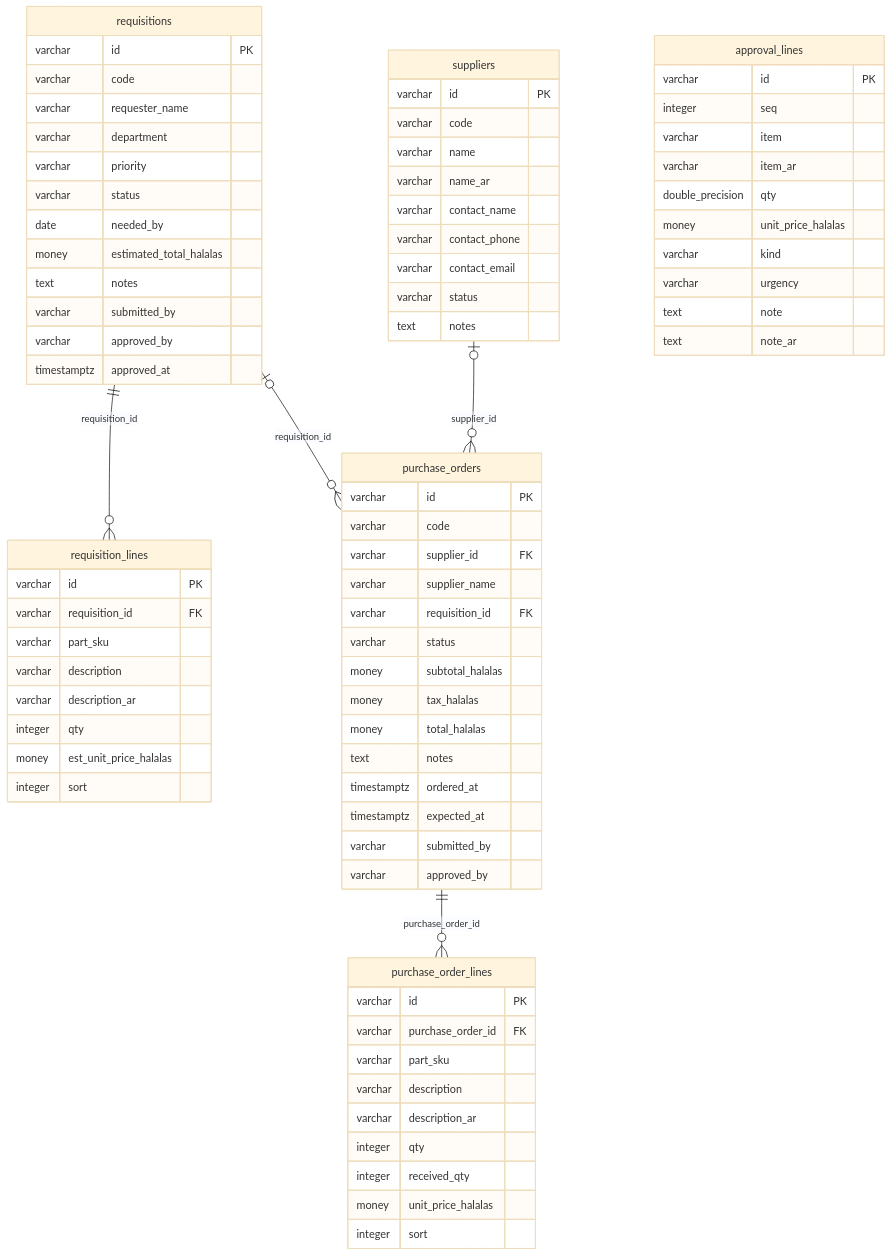
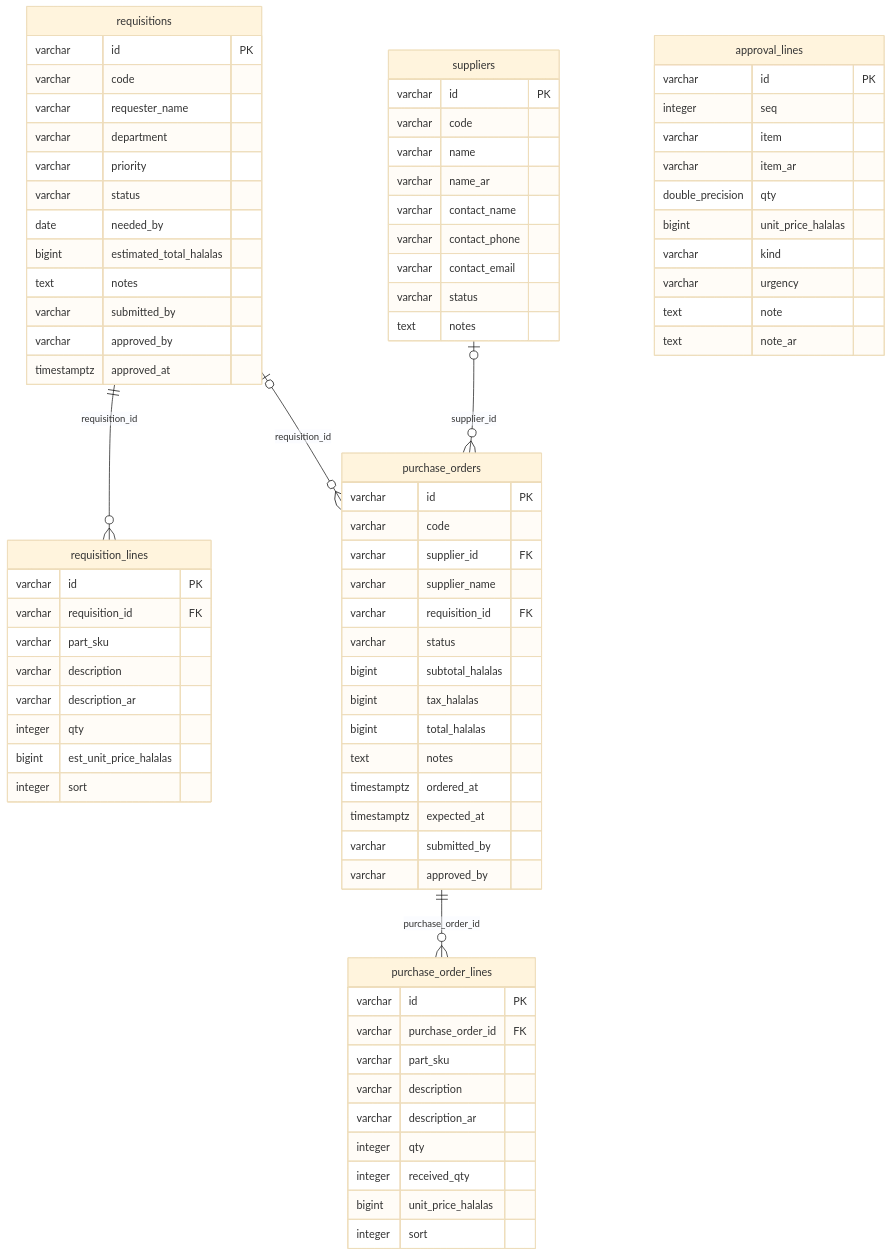
Before and after one commit to tazamohd/SlClNe: the diagram in docs/33_MASTER_DIAGRAM_LIBRARY/ERD/PROCUREMENT_ERD.md, drawn with Mermaid (base theme). The commit also changed 76 other files, not shown here.

````diff
--- a/docs/33_MASTER_DIAGRAM_LIBRARY/ERD/PROCUREMENT_ERD.md
+++ b/docs/33_MASTER_DIAGRAM_LIBRARY/ERD/PROCUREMENT_ERD.md
@@ -15,81 +15,81 @@
 ```mermaid
 erDiagram
   suppliers {
     varchar id PK
     varchar code
     varchar name
     varchar name_ar
     varchar contact_name
     varchar contact_phone
     varchar contact_email
     varchar status
     text notes
   }
   requisitions {
     varchar id PK
     varchar code
     varchar requester_name
     varchar department
     varchar priority
     varchar status
     date needed_by
-    money estimated_total_halalas
+    bigint estimated_total_halalas
     text notes
     varchar submitted_by
     varchar approved_by
     timestamptz approved_at
   }
   requisition_lines {
     varchar id PK
     varchar requisition_id FK
     varchar part_sku
     varchar description
     varchar description_ar
     integer qty
-    money est_unit_price_halalas
+    bigint est_unit_price_halalas
     integer sort
   }
   purchase_orders {
     varchar id PK
     varchar code
     varchar supplier_id FK
     varchar supplier_name
     varchar requisition_id FK
     varchar status
-    money subtotal_halalas
-    money tax_halalas
-    money total_halalas
+    bigint subtotal_halalas
+    bigint tax_halalas
+    bigint total_halalas
     text notes
     timestamptz ordered_at
     timestamptz expected_at
     varchar submitted_by
     varchar approved_by
   }
   purchase_order_lines {
     varchar id PK
     varchar purchase_order_id FK
     varchar part_sku
     varchar description
     varchar description_ar
     integer qty
     integer received_qty
-    money unit_price_halalas
+    bigint unit_price_halalas
     integer sort
   }
   approval_lines {
     varchar id PK
     integer seq
     varchar item
     varchar item_ar
     double_precision qty
-    money unit_price_halalas
+    bigint unit_price_halalas
     varchar kind
     varchar urgency
     text note
     text note_ar
   }
   requisitions ||--o{ requisition_lines : "requisition_id"
   suppliers |o--o{ purchase_orders : "supplier_id"
   requisitions |o--o{ purchase_orders : "requisition_id"
   purchase_orders ||--o{ purchase_order_lines : "purchase_order_id"
 ```
````
